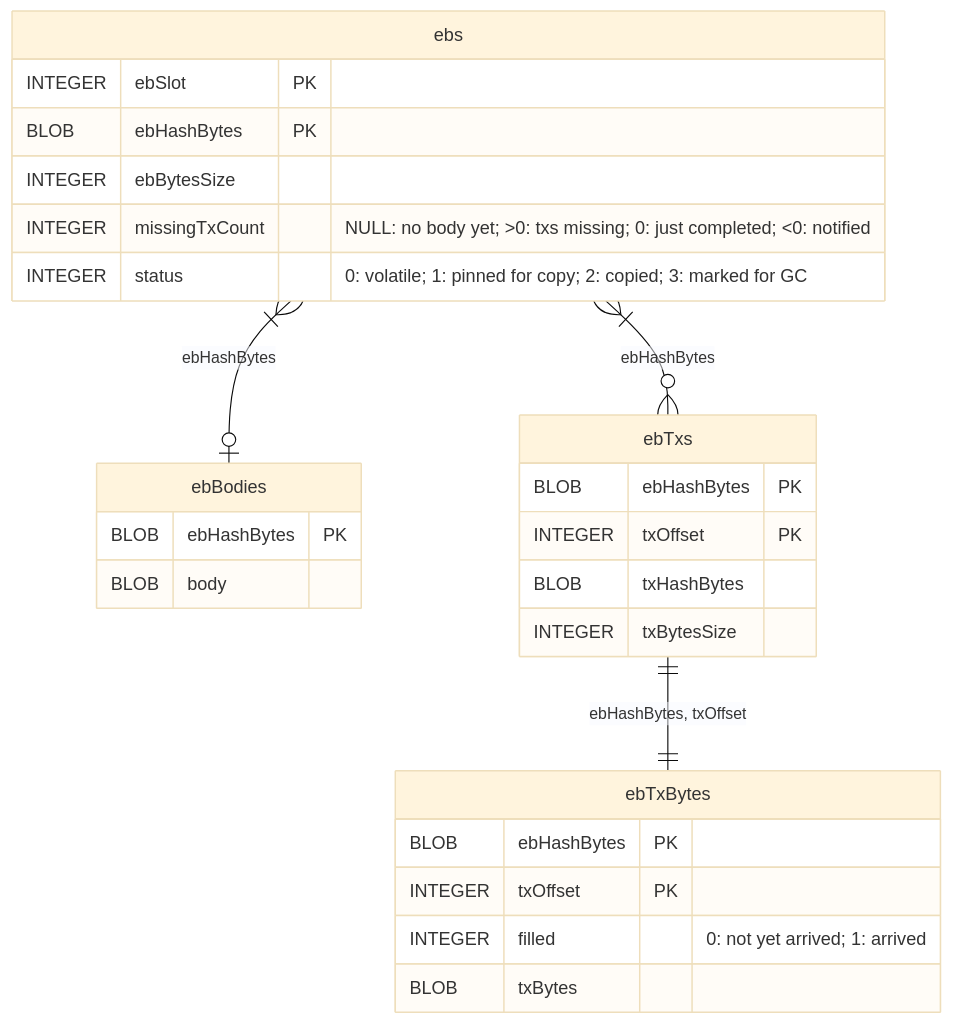
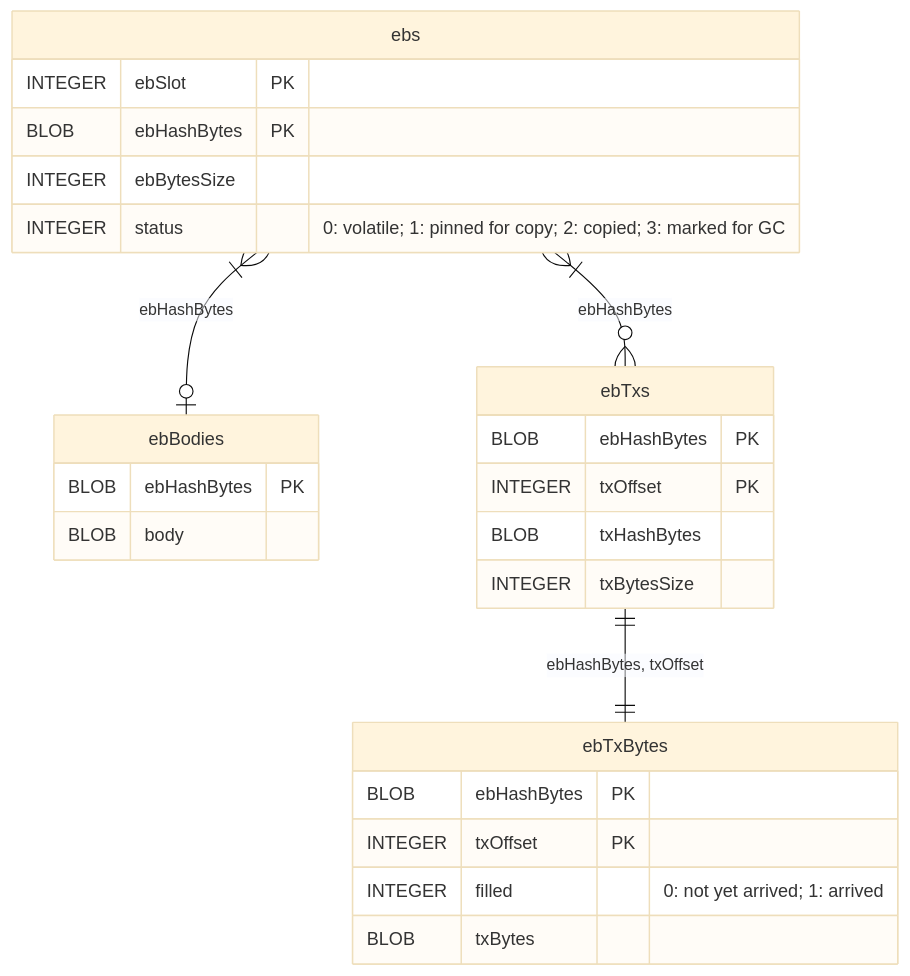
One commit to IntersectMBO/ouroboros-consensus changed the first of 3 diagrams in docs/website/contents/explanations/leiosdb.md. Above: the diagram before and after it, drawn with Mermaid (base theme). The commit also changed other lines of this file and 16 other files, not shown here.

````diff
--- a/docs/website/contents/explanations/leiosdb.md
+++ b/docs/website/contents/explanations/leiosdb.md
@@ -20,30 +20,29 @@
 ```mermaid
 erDiagram
     ebs {
         INTEGER ebSlot PK
         BLOB ebHashBytes PK
         INTEGER ebBytesSize
-        INTEGER missingTxCount "NULL: no body yet; >0: txs missing; 0: just completed; <0: notified"
         INTEGER status "0: volatile; 1: pinned for copy; 2: copied; 3: marked for GC"
     }
     ebBodies {
         BLOB ebHashBytes PK
         BLOB body
     }
     ebTxs {
         BLOB ebHashBytes PK
         INTEGER txOffset PK
         BLOB txHashBytes
         INTEGER txBytesSize
     }
     ebTxBytes {
         BLOB ebHashBytes PK
         INTEGER txOffset PK
         INTEGER filled "0: not yet arrived; 1: arrived"
         BLOB txBytes
     }
 
     ebs }|--o| ebBodies : "ebHashBytes"
     ebs }|--o{ ebTxs : "ebHashBytes"
     ebTxs ||--|| ebTxBytes : "ebHashBytes, txOffset"
 ```
````
